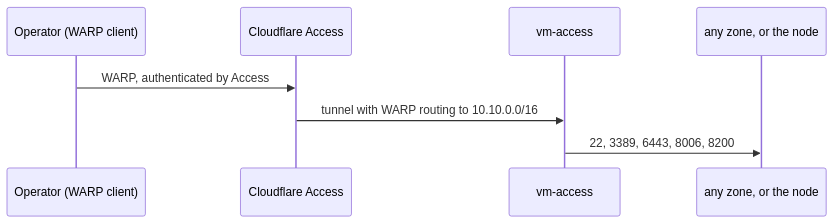
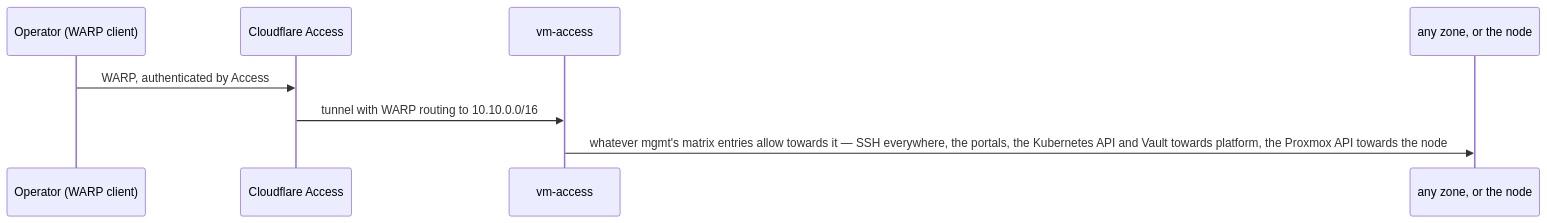
Before and after one commit to 0xc0-homelab/infrastructure: the fifth of 7 diagrams in docs/architecture.md, drawn with Mermaid. The commit also changed other lines of this file and 16 other files, not shown here.

````diff
--- a/docs/architecture.md
+++ b/docs/architecture.md
@@ -175,11 +178,11 @@
 ```mermaid
 sequenceDiagram
   participant O as Operator (WARP client)
   participant CF as Cloudflare Access
   participant V as vm-access
   participant Z as any zone, or the node
 
   O->>CF: WARP, authenticated by Access
   CF->>V: tunnel with WARP routing to 10.10.0.0/16
-  V->>Z: 22, 3389, 6443, 8006, 8200
+  V->>Z: whatever mgmt's matrix entries allow towards it — SSH everywhere, the portals, the Kubernetes API and Vault towards platform, the Proxmox API towards the node
 ```
````
